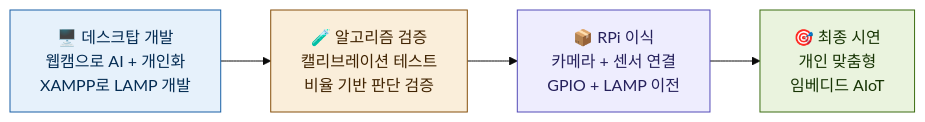
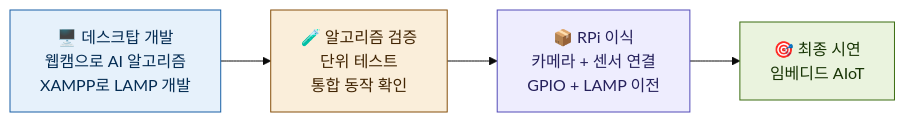
The tenth of 11 diagrams in project.md (pgh165/capstone), drawn with Mermaid (base theme) before and after one commit. The commit also changed other lines of this file and 13 other files, not shown here.

````diff
--- a/project.md
+++ b/project.md
@@ -957,11 +754,11 @@
 ```mermaid
 flowchart LR
-    DEV["🖥️ 데스크탑 개발<br/>웹캠으로 AI + 개인화<br/>XAMPP로 LAMP 개발"] --> TEST["🧪 알고리즘 검증<br/>캘리브레이션 테스트<br/>비율 기반 판단 검증"]
+    DEV["🖥️ 데스크탑 개발<br/>웹캠으로 AI 알고리즘<br/>XAMPP로 LAMP 개발"] --> TEST["🧪 알고리즘 검증<br/>단위 테스트<br/>통합 동작 확인"]
     TEST --> PORT["📦 RPi 이식<br/>카메라 + 센서 연결<br/>GPIO + LAMP 이전"]
-    PORT --> DEMO["🎯 최종 시연<br/>개인 맞춤형<br/>임베디드 AIoT"]
+    PORT --> DEMO["🎯 최종 시연<br/>임베디드 AIoT"]
 
     style DEV fill:#E6F1FB,stroke:#185FA5,color:#042C53
     style TEST fill:#FAEEDA,stroke:#854F0B,color:#412402
     style PORT fill:#EEEDFE,stroke:#534AB7,color:#26215C
     style DEMO fill:#EAF3DE,stroke:#3B6D11,color:#173404
 ```
````
